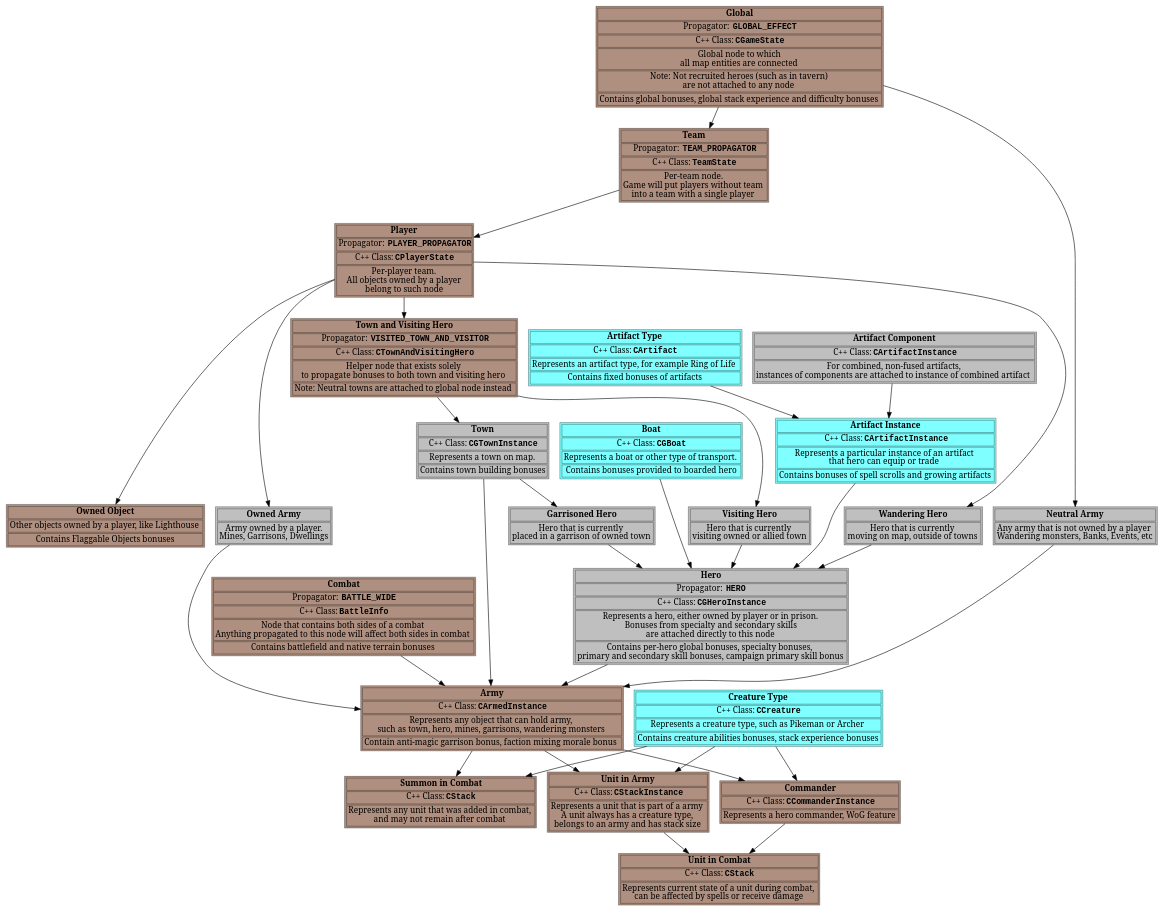
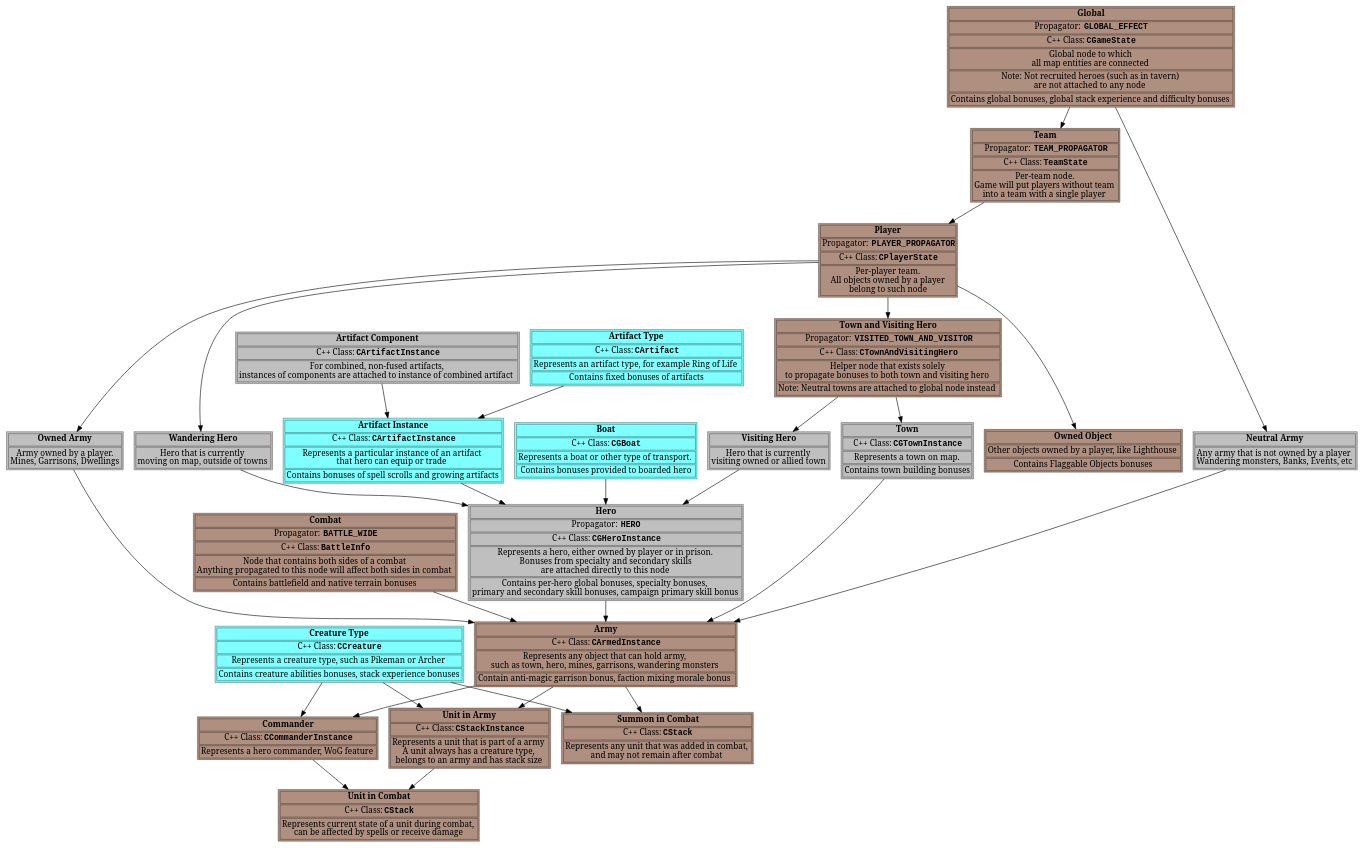
One commit to vcmi/vcmi changed the diagram in docs/images/Bonus_System_Nodes.gv. Above: the diagram before and after it, drawn with Graphviz. The commit also changed 2 other files, not shown here.

Commit message:
Garrisoned hero is now attached to townAndVis node, not to town itself

```diff
--- a/docs/images/Bonus_System_Nodes.gv
+++ b/docs/images/Bonus_System_Nodes.gv
@@ -66,13 +66,6 @@
 			label =<<table>
 					<tr><td><b>Visiting Hero</b></td></tr>
 					<tr><td>Hero that is currently<br/>visiting owned or allied town</td></tr>
-				</table>>
-		]
-		"Garrisoned Hero" [
-			fillcolor="#80808080"
-			label =<<table>
-					<tr><td><b>Garrisoned Hero</b></td></tr>
-					<tr><td>Hero that is currently<br/>placed in a garrison of owned town</td></tr>
 				</table>>
 		]
 		"Wandering Hero" [
@@ -253,13 +246,11 @@
 	"Creature Type" -> "Summon in Combat"
 	"Creature Type" -> "Unit in Army"
 
-	"Town" -> "Garrisoned Hero"
 	"Town" -> "Army"
 	"Neutral Army" -> "Army"
 	"Owned Army" -> "Army"
 
 	"Visiting Hero" -> "Hero"
-	"Garrisoned Hero" -> "Hero"
 	"Wandering Hero" -> "Hero"
 	"Hero" -> "Army"
 }
```
